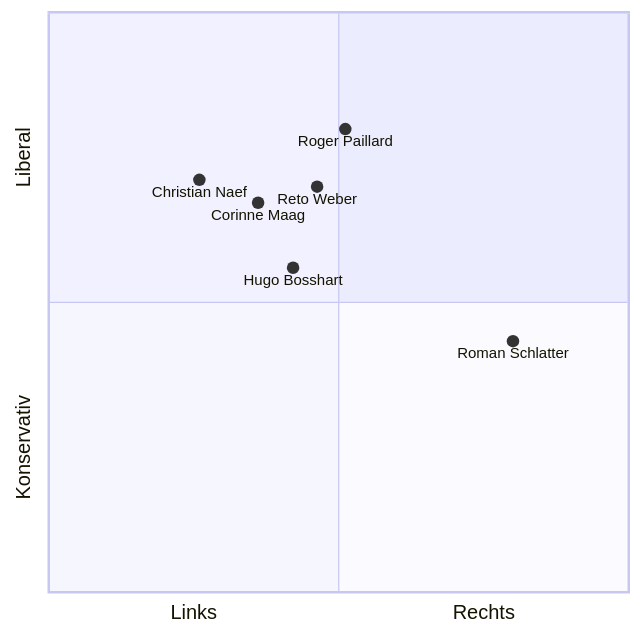
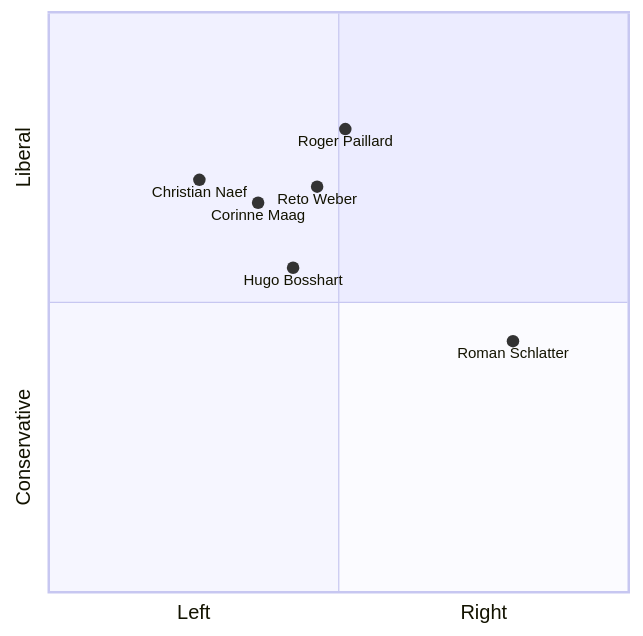
Before and after one commit to risajef/risajef.github.io: the first of 2 diagrams in docs/politik.en.md, drawn with Mermaid. The commit also changed other lines of this file and 48 other files, not shown here.

````diff
--- a/docs/politik.en.md
+++ b/docs/politik.en.md
@@ -30,11 +31,11 @@
 ```mermaid
 quadrantChart
-    x-axis Links --> Rechts
-    y-axis Konservativ --> Liberal
+    x-axis Left --> Right
+    y-axis Conservative --> Liberal
     Roman Schlatter: [0.800409330263502375, 0.4328962225969133]
     Roger Paillard: [0.5113362502622038, 0.7985022470855946]
     Christian Naef: [0.2596961249794414, 0.7111089139861781]
     Hugo Bosshart: [0.42127581199456765, 0.5595032111530438]
     Corinne Maag: [0.3609589005211844, 0.6715499461081732]
     Reto Weber: [0.46269562242327017, 0.6992911299287804]
 ```
````
